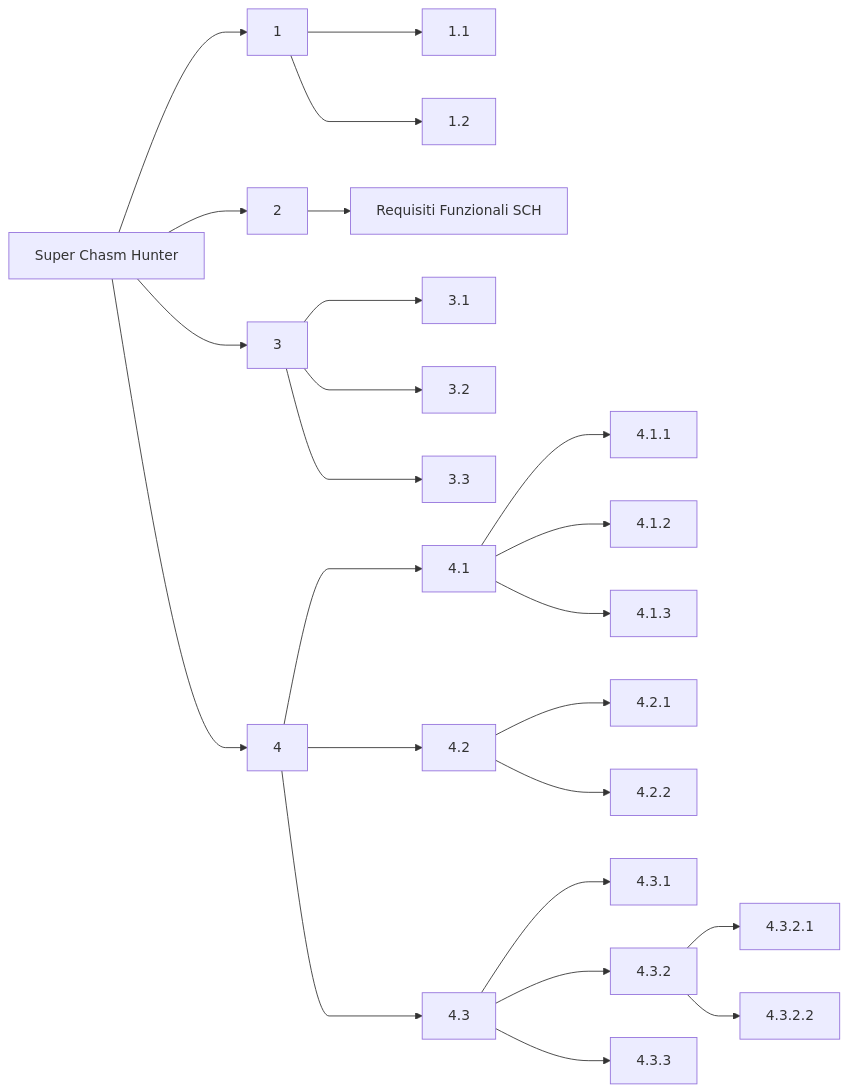
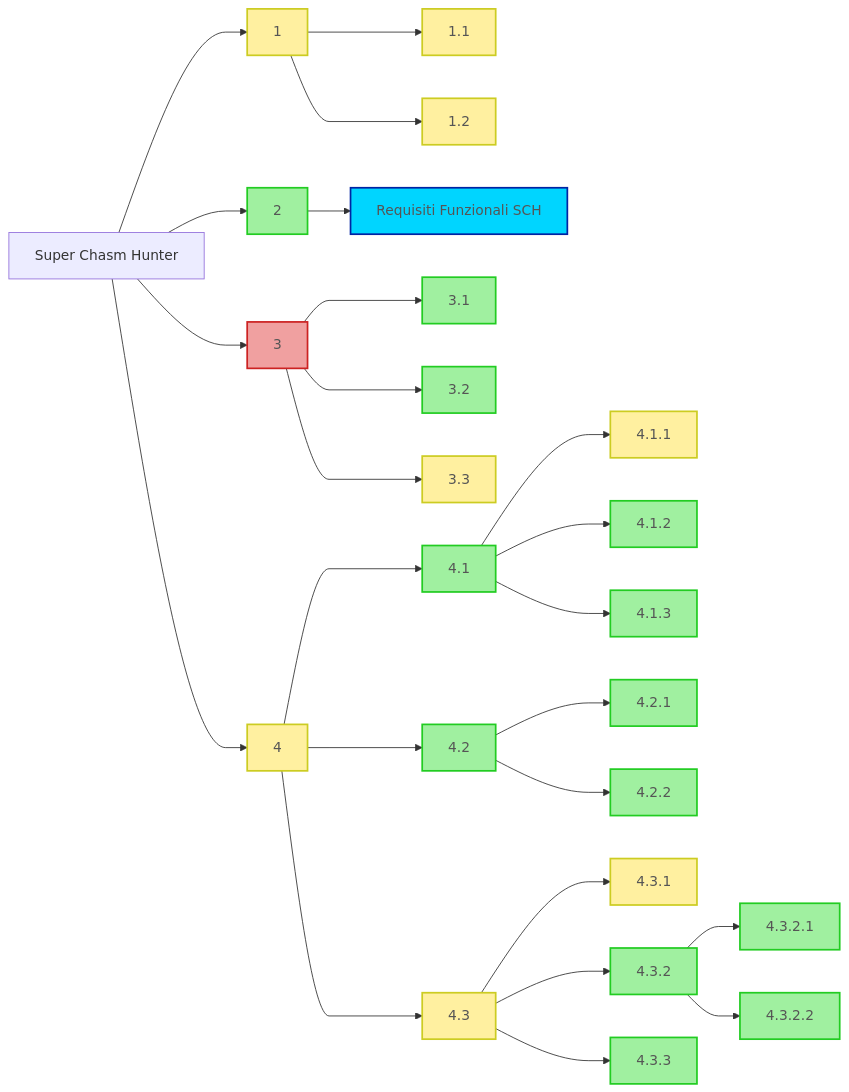
One commit to FilippoGurioli/super-chasm-hunter-pm changed the diagram in docs/Allegati/RBSs/1 - Main.md. Above: the diagram before and after it, drawn with Mermaid.

Commit message:
revert: readd colors to rbs chart

````diff
--- a/docs/Allegati/RBSs/1 - Main.md
+++ b/docs/Allegati/RBSs/1 - Main.md
@@ -5,67 +5,67 @@
 ```mermaid
 %%{init: { 'flowchart': {"curve": "monotoneX"}} }%%
 graph LR
     0[Super Chasm Hunter]
     1
     1.1
     1.2
 
     2
     2.1[Requisiti Funzionali SCH]
     
     3
     3.1
     3.2
     3.3
     
     4
     4.1
     4.1.1
     4.1.2
     4.1.3
     4.2
     4.2.1
     4.2.2
     4.3
     4.3.1
     4.3.2
     4.3.2.1
     4.3.2.2
     4.3.3
 
     0 --> 1
     0 --> 2
     0 --> 3
     0 --> 4
     1 --> 1.1
     1 --> 1.2
     2 --> 2.1
     3 --> 3.1
     3 --> 3.2
     3 --> 3.3
     4 --> 4.1
     4 --> 4.2
     4 --> 4.3
     4.1 --> 4.1.1
     4.1 --> 4.1.2
     4.1 --> 4.1.3
     4.2 --> 4.2.1
     4.2 --> 4.2.2
     4.3 --> 4.3.1
     4.3 --> 4.3.2
     4.3.2 --> 4.3.2.1
     4.3.2 --> 4.3.2.2
     4.3 --> 4.3.3
 
-    %% classDef verde fill:#a0f0a0,stroke:#2c2,stroke-width:2px,color:#555;
-    %% classDef giallo fill:#fff0a0,stroke:#cc2,stroke-width:2px,color:#555;
-    %% classDef rosso fill:#f0a0a0,stroke:#c22,stroke-width:2px,color:#555;
-    %% classDef blu fill:#00d5ff,stroke:#0023a3,stroke-width:2px,color:#555;
+    classDef verde fill:#a0f0a0,stroke:#2c2,stroke-width:2px,color:#555;
+    classDef giallo fill:#fff0a0,stroke:#cc2,stroke-width:2px,color:#555;
+    classDef rosso fill:#f0a0a0,stroke:#c22,stroke-width:2px,color:#555;
+    classDef blu fill:#00d5ff,stroke:#0023a3,stroke-width:2px,color:#555;
 
-    %% class 2,3.1,3.2,4.1,4.1.2,4.1.3,4.2,4.2.1,4.2.2 verde;
-    %% class 4.3.2,4.3.2.1,4.3.2.2,4.3.3 verde;
-    %% class 1,4,1.1,1.2,3.3,4.1.1,4.3,4.3.1, giallo;
-    %% class 2.1 blu;
+    class 2,3.1,3.2,4.1,4.1.2,4.1.3,4.2,4.2.1,4.2.2 verde;
+    class 4.3.2,4.3.2.1,4.3.2.2,4.3.3 verde;
+    class 1,4,1.1,1.2,3.3,4.1.1,4.3,4.3.1, giallo;
+    class 2.1 blu;
     click 2.1 "../2%20-%20SCH%20Func%20Req.md" "Requisiti funzionali SCH"
-    %% class 3 rosso;
+    class 3 rosso;
 ```
````
